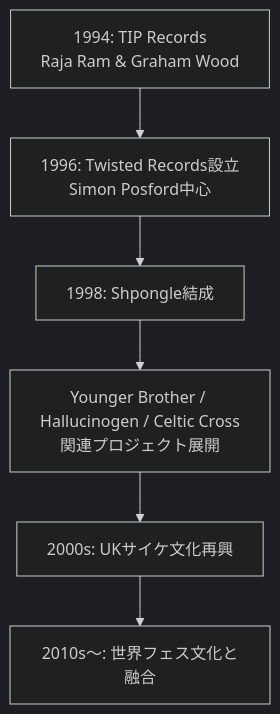
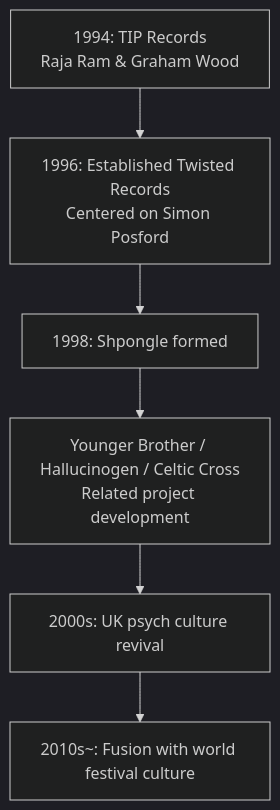
The first of 4 diagrams in en/_posts/2025-10-05-Column-Shpongle.md (monumental-movement/monumental-movement.github.io), drawn with Mermaid (dark theme) before and after one commit. The commit also changed other lines of this file and 1631 other files, not shown here.

```diff
--- a/en/_posts/2025-10-05-Column-Shpongle.md
+++ b/en/_posts/2025-10-05-Column-Shpongle.md
@@ -72,10 +72,10 @@
 <div class="mermaid">
 
 flowchart TD
-  A["1994: TIP Records<br>Raja Ram & Graham Wood"] --> B["1996: Twisted Records設立<br>Simon Posford中心"]
-  B --> C["1998: Shpongle結成"]
-  C --> D["Younger Brother / Hallucinogen / Celtic Cross<br>関連プロジェクト展開"]
-  D --> E["2000s: UKサイケ文化再興"]
-  E --> F["2010s〜: 世界フェス文化と融合"]
+  A["1994: TIP Records<br>Raja Ram & Graham Wood"] --> B["1996: Established Twisted Records<br>Centered on Simon Posford"]
+  B --> C["1998: Shpongle formed"]
+  C --> D["Younger Brother / Hallucinogen / Celtic Cross<br>Related project development"]
+  D --> E["2000s: UK psych culture revival"]
+  E --> F["2010s~: Fusion with world festival culture"]
 
 </div>
```
